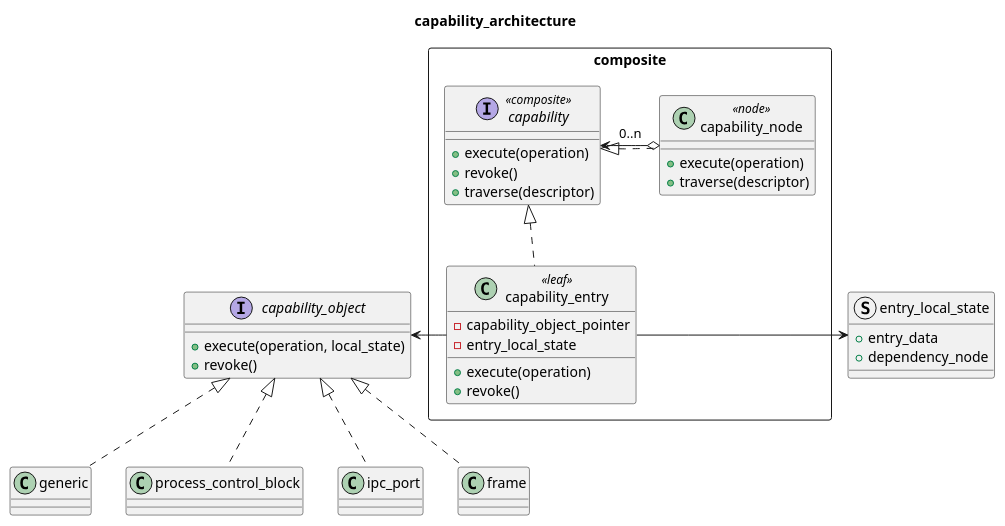
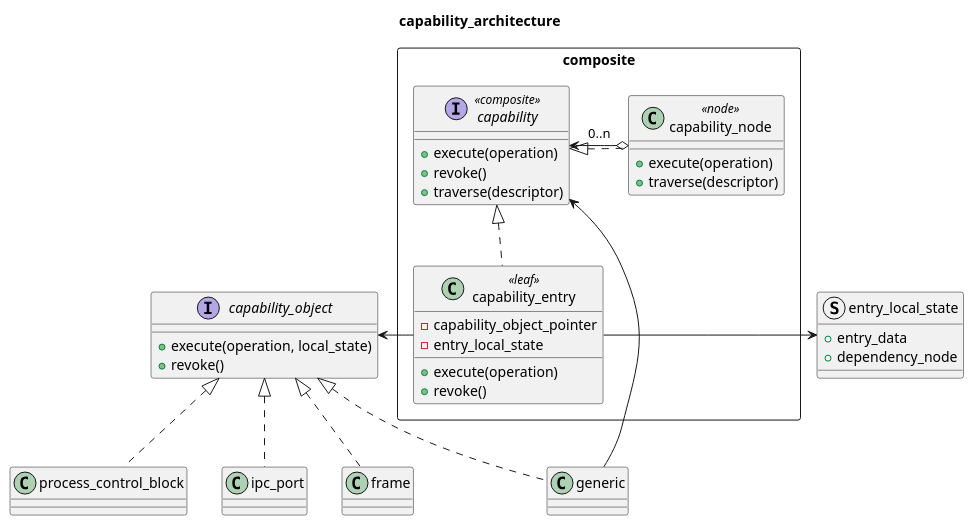
The diagram in doc/design/capability/capability_system.md (horizon2038/A9N), drawn with PlantUML before and after one commit. The commit also changed 6 other files, not shown here.

```diff
--- a/doc/design/capability/capability_system.md
+++ b/doc/design/capability/capability_system.md
@@ -3,71 +3,73 @@
 @startuml
 
 title capability_architecture
 
 rectangle composite {
 
     interface capability <<composite>>
     {
         + execute(operation)
         + revoke()
         + traverse(descriptor)
     }
 
     class capability_entry <<leaf>>
     {
         - capability_object_pointer
         - entry_local_state
         + execute(operation)
         + revoke()
     }
 
     class capability_node <<node>>
     {
         + execute(operation)
         + traverse(descriptor)
     }
 
 }
 
 struct entry_local_state
 {
     + entry_data
     + dependency_node
 }
 
 capability_entry -> entry_local_state
 
 interface capability_object
 {
     + execute(operation, local_state)
     + revoke()
 }
 
 class generic
 {
 }
 
 class process_control_block
 {
 }
 
 class ipc_port
 {
 }
 
 class frame
 {
 }
 
 capability_node .u.|> capability
 capability_entry .u.|> capability
 
 capability_node o-r-> capability : 0..n
 capability_object <-r- capability_entry
 
 generic .u.|> capability_object
 process_control_block .u.|> capability_object
 ipc_port .u.|> capability_object
 frame .u.|> capability_object
 
+generic -u-> capability
+
 @enduml
```
